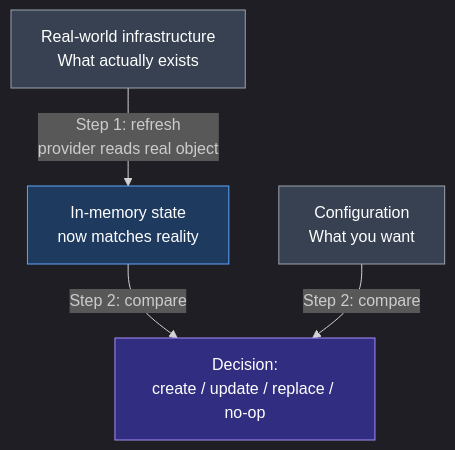
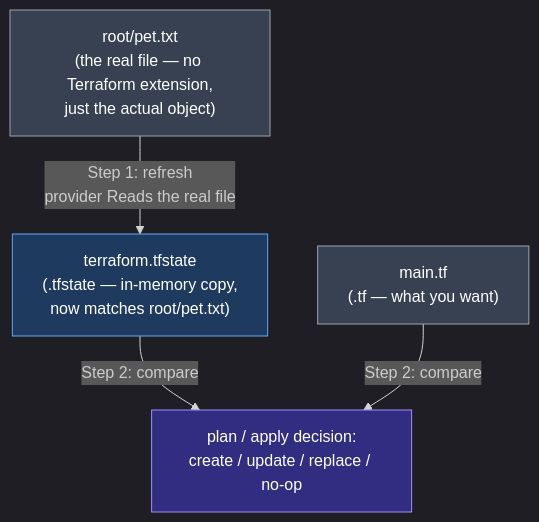
Before and after one commit to nirajp82/Terraform_Basics: the first of 4 diagrams in 05_Terraform_State/01_Terraform_State.md, drawn with Mermaid. The commit also changed other lines of this file, not shown here.

First line of the commit message:
Ground the refresh/compare diagram in concrete file extensions

````diff
--- a/05_Terraform_State/01_Terraform_State.md
+++ b/05_Terraform_State/01_Terraform_State.md
@@ -46,14 +46,14 @@
 ```mermaid
 %%{init: {'theme': 'dark', 'flowchart': {'htmlLabels': true}}}%%
 flowchart TD
-    REAL["Real-world infrastructure<br>What actually exists"]
-    REAL -->|"Step 1: refresh<br>provider reads real object"| STATE["In-memory state<br>now matches reality"]
-    CONFIG["Configuration<br>What you want"]
-    STATE -->|"Step 2: compare"| DECISION["Decision:<br>create / update / replace / no-op"]
+    REAL["root/pet.txt<br>(the real file — no Terraform extension,<br>just the actual object)"]
+    REAL -->|"Step 1: refresh<br>provider Reads the real file"| STATE["terraform.tfstate<br>(.tfstate — in-memory copy,<br>now matches root/pet.txt)"]
+    CONFIG["main.tf<br>(.tf — what you want)"]
+    STATE -->|"Step 2: compare"| DECISION["plan / apply decision:<br>create / update / replace / no-op"]
     CONFIG -->|"Step 2: compare"| DECISION
 
     style REAL fill:#374151,stroke:#9ca3af,color:#ffffff
     style STATE fill:#1e3a5f,stroke:#60a5fa,color:#ffffff
     style CONFIG fill:#374151,stroke:#9ca3af,color:#ffffff
     style DECISION fill:#312e81,stroke:#a78bfa,color:#ffffff
 ```
````
